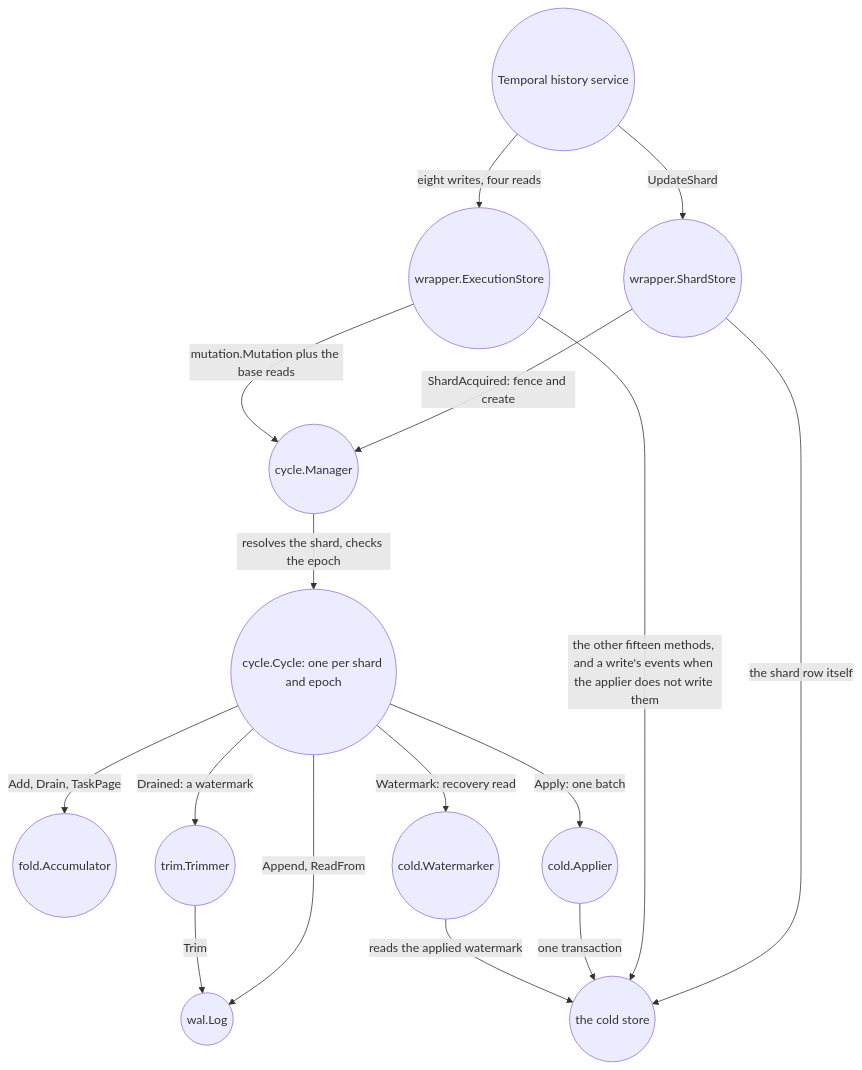
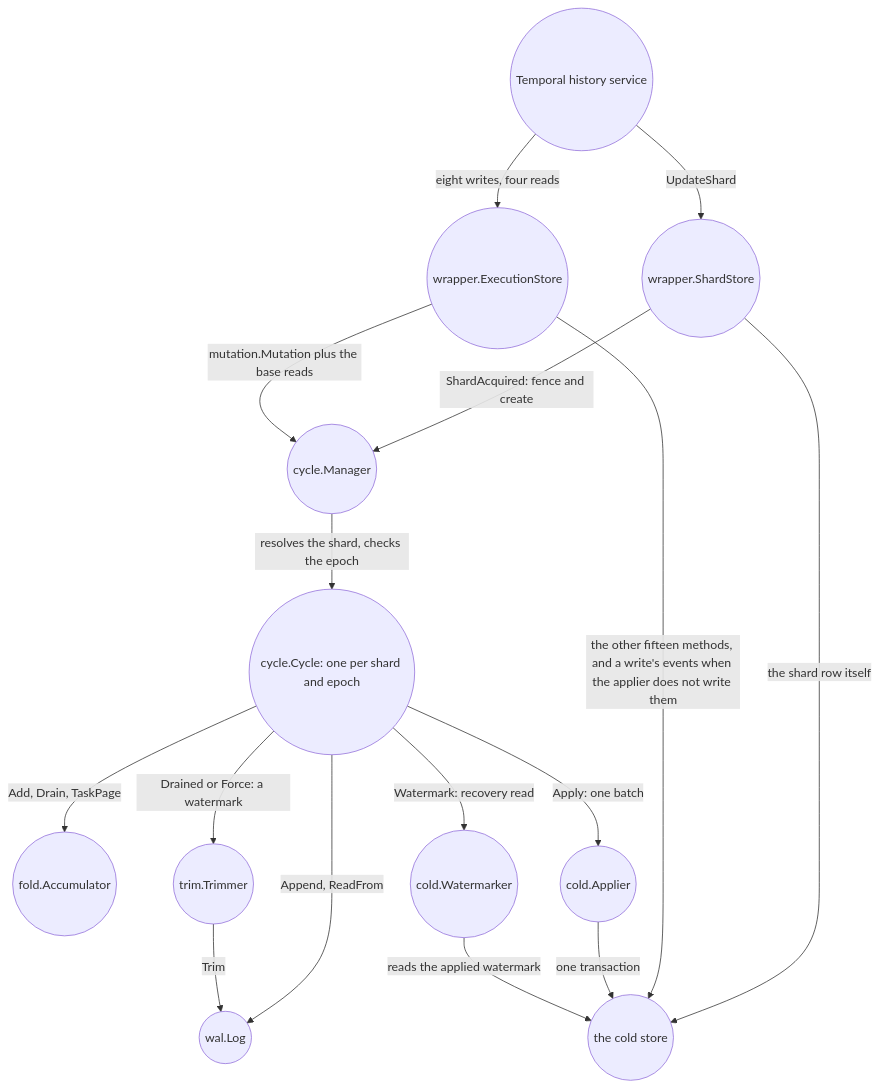
The first of 4 diagrams in docs/handbook/03-components.md (aromanovich/waltz), drawn with Mermaid before and after one commit. The commit also changed other lines of this file and 20 other files, not shown here.

````diff
--- a/docs/handbook/03-components.md
+++ b/docs/handbook/03-components.md
@@ -106,30 +106,30 @@
 ```mermaid
 graph TD
   HS(("Temporal history service"))
   ES(("wrapper.ExecutionStore"))
   SS(("wrapper.ShardStore"))
   MGR(("cycle.Manager"))
   CY(("cycle.Cycle: one per shard and epoch"))
   ACC(("fold.Accumulator"))
   TR(("trim.Trimmer"))
   AP(("cold.Applier"))
   WM(("cold.Watermarker"))
   LOG(("wal.Log"))
   CS(("the cold store"))
 
   HS -->|"eight writes, four reads"| ES
   HS -->|"UpdateShard"| SS
   SS -->|"ShardAcquired: fence and create"| MGR
   SS -->|"the shard row itself"| CS
   ES -->|"mutation.Mutation plus the base reads"| MGR
   ES -->|"the other fifteen methods, and a write's events when the applier does not write them"| CS
   MGR -->|"resolves the shard, checks the epoch"| CY
   CY -->|"Append, ReadFrom"| LOG
   CY -->|"Add, Drain, TaskPage"| ACC
   CY -->|"Apply: one batch"| AP
-  CY -->|"Drained: a watermark"| TR
+  CY -->|"Drained or Force: a watermark"| TR
   CY -->|"Watermark: recovery read"| WM
   TR -->|"Trim"| LOG
   AP -->|"one transaction"| CS
   WM -->|"reads the applied watermark"| CS
 ```
````
